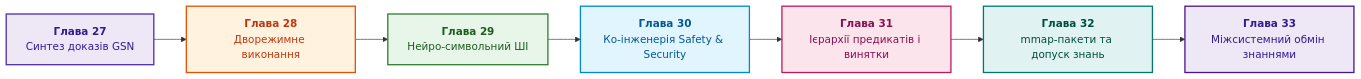
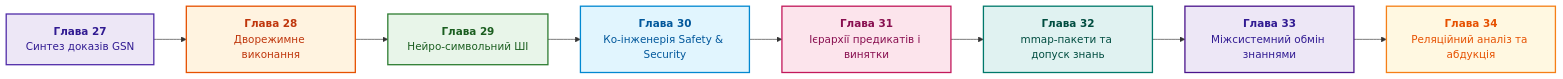
The diagram in ExpertSystem/part-06-frontiers-neuro-symbolic.md (nick-fedchik/articles), drawn with Mermaid before and after one commit. The commit also changed other lines of this file and 5 other files, not shown here.

````diff
--- a/ExpertSystem/part-06-frontiers-neuro-symbolic.md
+++ b/ExpertSystem/part-06-frontiers-neuro-symbolic.md
@@ -22,28 +22,31 @@
 ```mermaid
 flowchart LR
     accTitle: Кульмінація технологій у Частині VI
     accDescr: Від синтезу сертифікаційних доказів GSN через дворежимне виконання та нейро-символьний ШІ до ко-інженерії, силогістичного рушія та бінарних mmap-пакетів.
 
     GSN["<b>Глава 27</b><br/>Синтез доказів GSN"] --> DUAL["<b>Глава 28</b><br/>Дворежимне виконання"]
     DUAL --> NESY["<b>Глава 29</b><br/>Нейро-символьний ШІ"]
     NESY --> COENG["<b>Глава 30</b><br/>Ко-інженерія Safety & Security"]
     COENG --> SYLLOG["<b>Глава 31</b><br/>Ієрархії предикатів і винятки"]
     SYLLOG --> MMAP["<b>Глава 32</b><br/>mmap-пакети та допуск знань"]
     MMAP --> XCHG["<b>Глава 33</b><br/>Міжсистемний обмін знаннями"]
+    XCHG --> ABD["<b>Глава 34</b><br/>Реляційний аналіз та абдукція"]
 
     classDef gsn fill:#ede7f6,stroke:#512da8,stroke-width:2px,color:#311b92;
     classDef dual fill:#fff3e0,stroke:#e65100,stroke-width:2px,color:#bf360c;
     classDef nesy fill:#e8f5e9,stroke:#2e7d32,stroke-width:2px,color:#1b5e20;
     classDef coeng fill:#e1f5fe,stroke:#0288d1,stroke-width:2px,color:#01579b;
     classDef syllog fill:#fce4ec,stroke:#c2185b,stroke-width:2px,color:#880e4f;
     classDef mmap fill:#e0f2f1,stroke:#00796b,stroke-width:2px,color:#004d40;
     classDef xchg fill:#ede7f6,stroke:#4a148c,stroke-width:2px,color:#311b92;
+    classDef abd fill:#fff8e1,stroke:#f57f17,stroke-width:2px,color:#e65100;
 
     class GSN gsn;
     class DUAL dual;
     class NESY nesy;
     class COENG coeng;
     class SYLLOG syllog;
     class MMAP mmap;
     class XCHG xchg;
+    class ABD abd;
 ```
````
